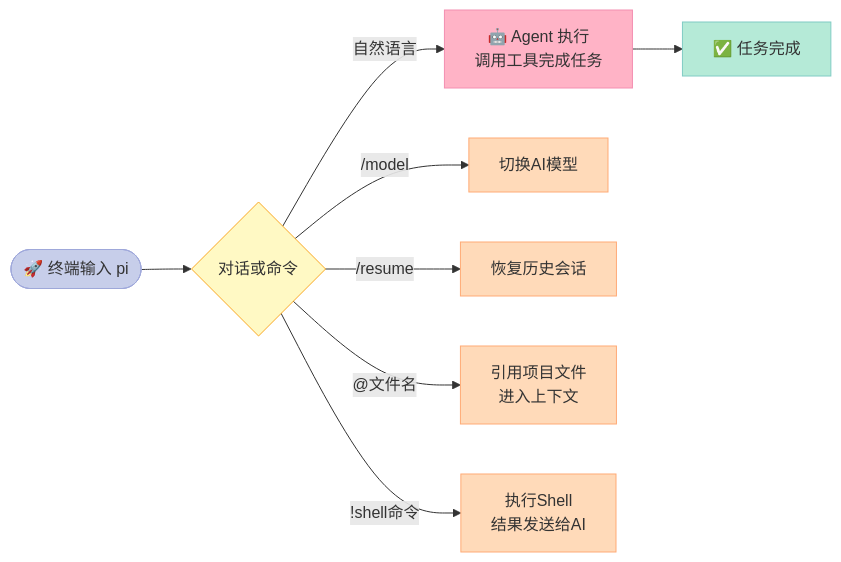
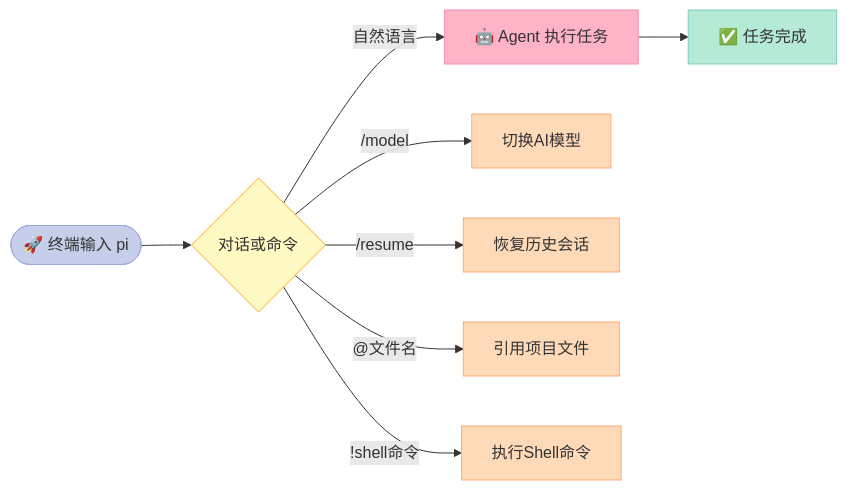
Before and after one commit to xuqi2024/xuqi2024.github.io: the second of 3 diagrams in source/_posts/2026-04-15-pi-mono-deep-dive.md, drawn with Mermaid. The commit also changed other lines of this file and 22 other files, not shown here.

````diff
--- a/source/_posts/2026-04-15-pi-mono-deep-dive.md
+++ b/source/_posts/2026-04-15-pi-mono-deep-dive.md
@@ -168,19 +168,19 @@
 ```mermaid
 flowchart LR
     START(["🚀 终端输入 pi"]) --> CHAT{"对话或命令"}
-    CHAT -->|"自然语言"| AGENT["🤖 Agent 执行\n调用工具完成任务"]
+    CHAT -->|"自然语言"| AGENT["🤖 Agent 执行任务"]
     CHAT -->|"/model"| MODEL["切换AI模型"]
     CHAT -->|"/resume"| SESSION["恢复历史会话"]
-    CHAT -->|"@文件名"| REF["引用项目文件\n进入上下文"]
-    CHAT -->|"!shell命令"| BASH["执行Shell\n结果发送给AI"]
+    CHAT -->|"@文件名"| REF["引用项目文件"]
+    CHAT -->|"!shell命令"| BASH["执行Shell命令"]
     AGENT --> RESULT["✅ 任务完成"]
 
     style START fill:#C7CEEA,stroke:#9FA8DA,color:#333
     style CHAT fill:#FFF9C4,stroke:#F9A825,color:#333
     style AGENT fill:#FFB3C6,stroke:#F48FB1,color:#333
     style MODEL fill:#FFDAB9,stroke:#FFAB76,color:#333
     style SESSION fill:#FFDAB9,stroke:#FFAB76,color:#333
     style REF fill:#FFDAB9,stroke:#FFAB76,color:#333
     style BASH fill:#FFDAB9,stroke:#FFAB76,color:#333
     style RESULT fill:#B5EAD7,stroke:#80CBC4,color:#333
 ```
````
